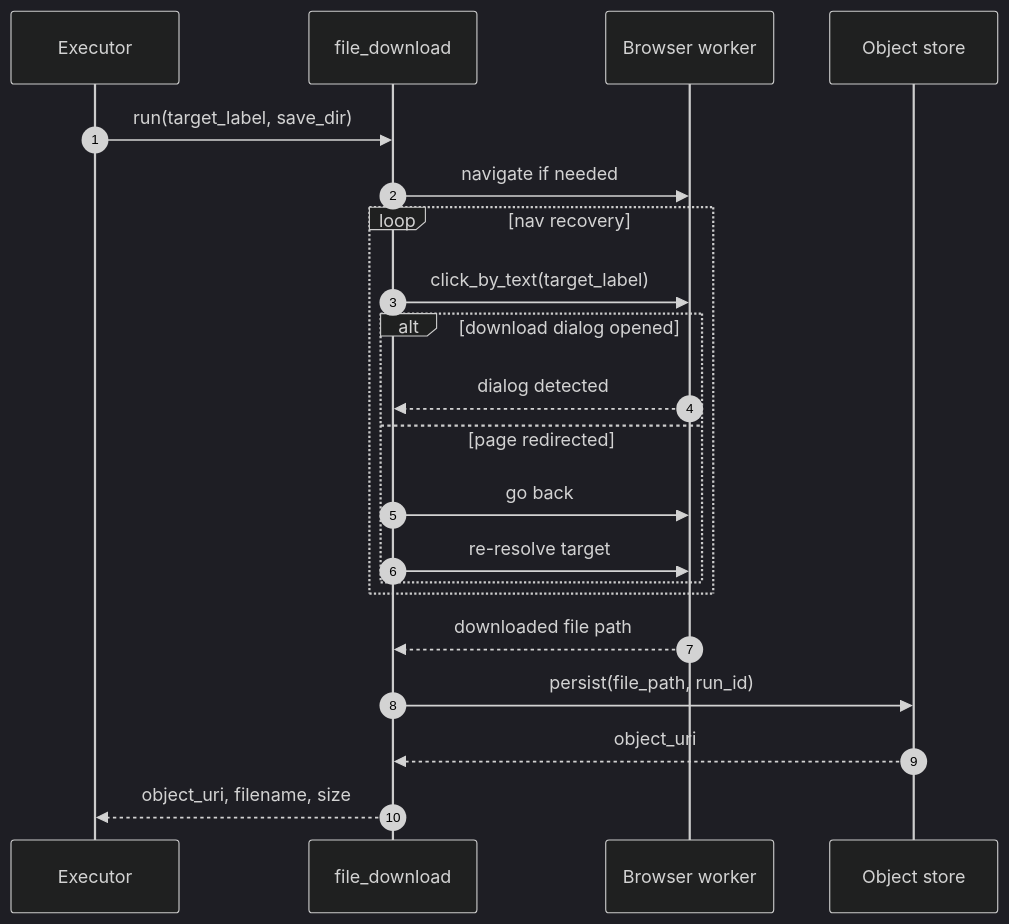
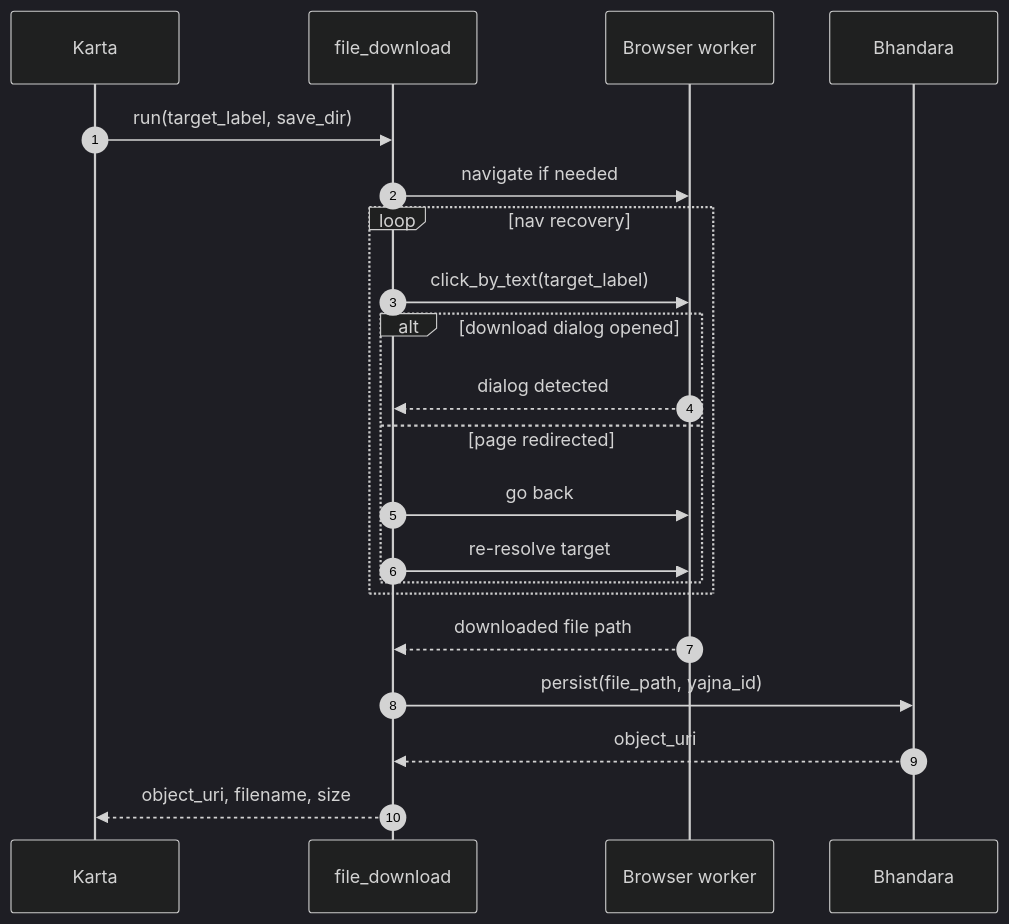
Before and after one commit to so-weak/Aakaar: the seventh of 12 diagrams in documentation/src/02-LLD.md, drawn with Mermaid (dark theme). The commit also changed other lines of this file and 56 other files, not shown here.

````diff
--- a/documentation/src/02-LLD.md
+++ b/documentation/src/02-LLD.md
@@ -252,24 +249,24 @@
 ```mermaid
 sequenceDiagram
   autonumber
-  participant E as Executor
+  participant E as Karta
   participant D as file_download
   participant B as Browser worker
-  participant O as Object store
+  participant O as Bhandara
 
   E->>D: run(target_label, save_dir)
   D->>B: navigate if needed
   loop nav recovery
     D->>B: click_by_text(target_label)
     alt download dialog opened
       B-->>D: dialog detected
     else page redirected
       D->>B: go back
       D->>B: re-resolve target
     end
   end
   B-->>D: downloaded file path
-  D->>O: persist(file_path, run_id)
+  D->>O: persist(file_path, yajna_id)
   O-->>D: object_uri
   D-->>E: object_uri, filename, size
 ```
````
